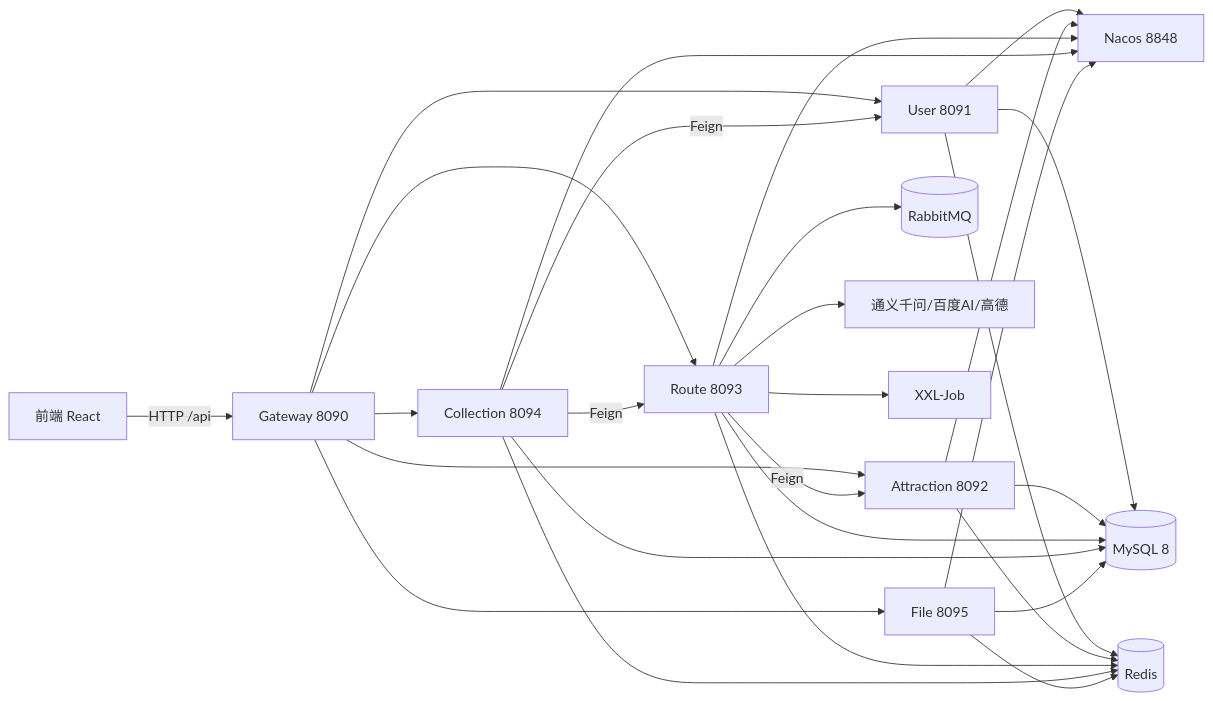
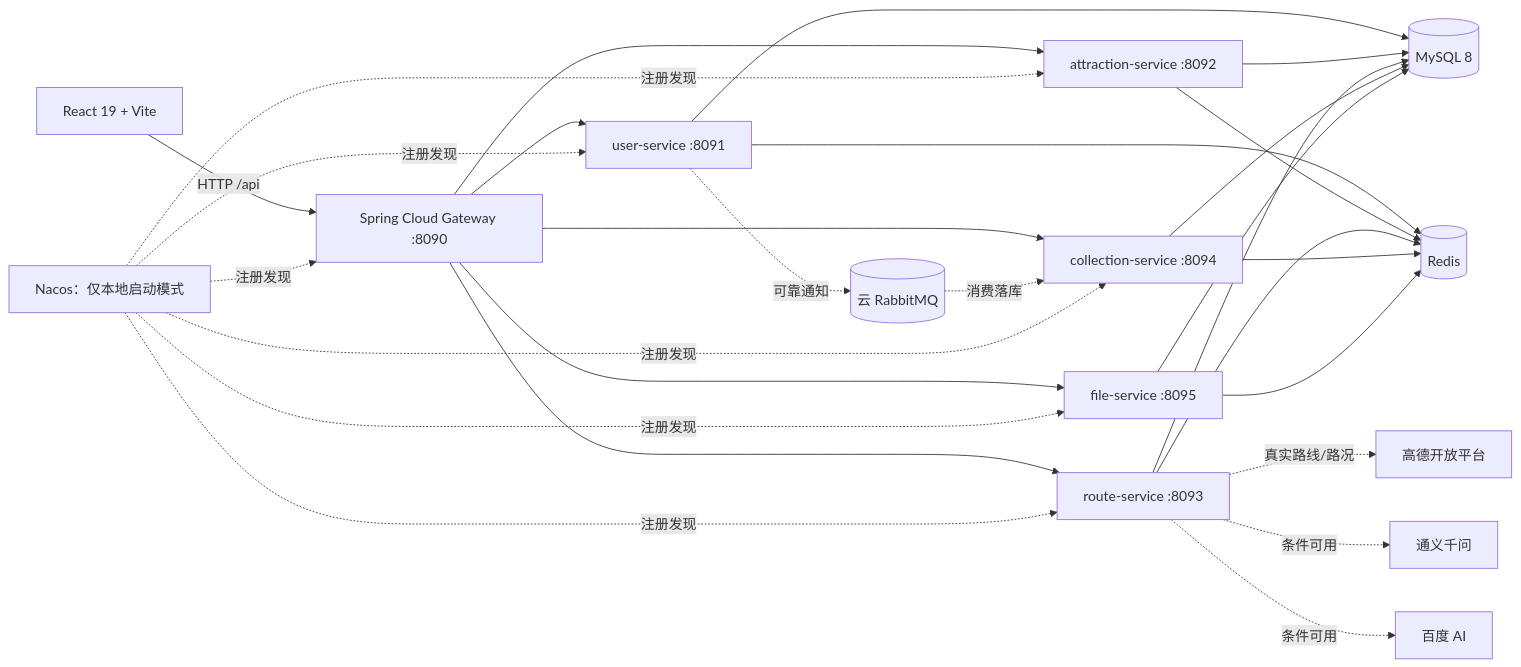
One commit to 888newstep/travel-website changed the diagram in IdeaProjects/travel/README.md. Above: the diagram before and after it, drawn with Mermaid. The commit also changed other lines of this file and 322 other files, not shown here.

````diff
--- a/IdeaProjects/travel/README.md
+++ b/IdeaProjects/travel/README.md
@@ -72,17 +32,35 @@
 ```mermaid
 flowchart LR
-    Client[前端 React] -->|HTTP /api| GW[Gateway 8090]
-    GW --> US[User 8091]
-    GW --> AS[Attraction 8092]
-    GW --> RS[Route 8093]
-    GW --> CS[Collection 8094]
-    GW --> FS[File 8095]
-    RS -->|Feign| AS
-    CS -->|Feign| RS & US
-    US & AS & RS & CS & FS --> N[Nacos 8848]
-    US & AS & RS & CS & FS --> DB[(MySQL 8)]
-    US & AS & RS & CS & FS --> R[(Redis)]
-    RS --> MQ[(RabbitMQ)]
-    RS --> AI[通义千问/百度AI/高德]
-    RS --> JOB[XXL-Job]
+    Browser[React 19 + Vite] -->|HTTP /api| Gateway[Spring Cloud Gateway :8090]
+
+    Gateway --> User[user-service :8091]
+    Gateway --> Attraction[attraction-service :8092]
+    Gateway --> Route[route-service :8093]
+    Gateway --> Collection[collection-service :8094]
+    Gateway --> File[file-service :8095]
+
+    User --> MySQL[(MySQL 8)]
+    Attraction --> MySQL
+    Route --> MySQL
+    Collection --> MySQL
+    File --> MySQL
+
+    User --> Redis[(Redis)]
+    Attraction --> Redis
+    Route --> Redis
+    Collection --> Redis
+    File --> Redis
+
+    User -.可靠通知.-> Rabbit[(云 RabbitMQ)]
+    Rabbit -.消费落库.-> Collection
+    Route -.真实路线/路况.-> AMap[高德开放平台]
+    Route -.条件可用.-> Qwen[通义千问]
+    Route -.条件可用.-> Baidu[百度 AI]
+
+    Nacos[Nacos：仅本地启动模式] -.注册发现.-> Gateway
+    Nacos -.注册发现.-> User
+    Nacos -.注册发现.-> Attraction
+    Nacos -.注册发现.-> Route
+    Nacos -.注册发现.-> Collection
+    Nacos -.注册发现.-> File
 ```
````
